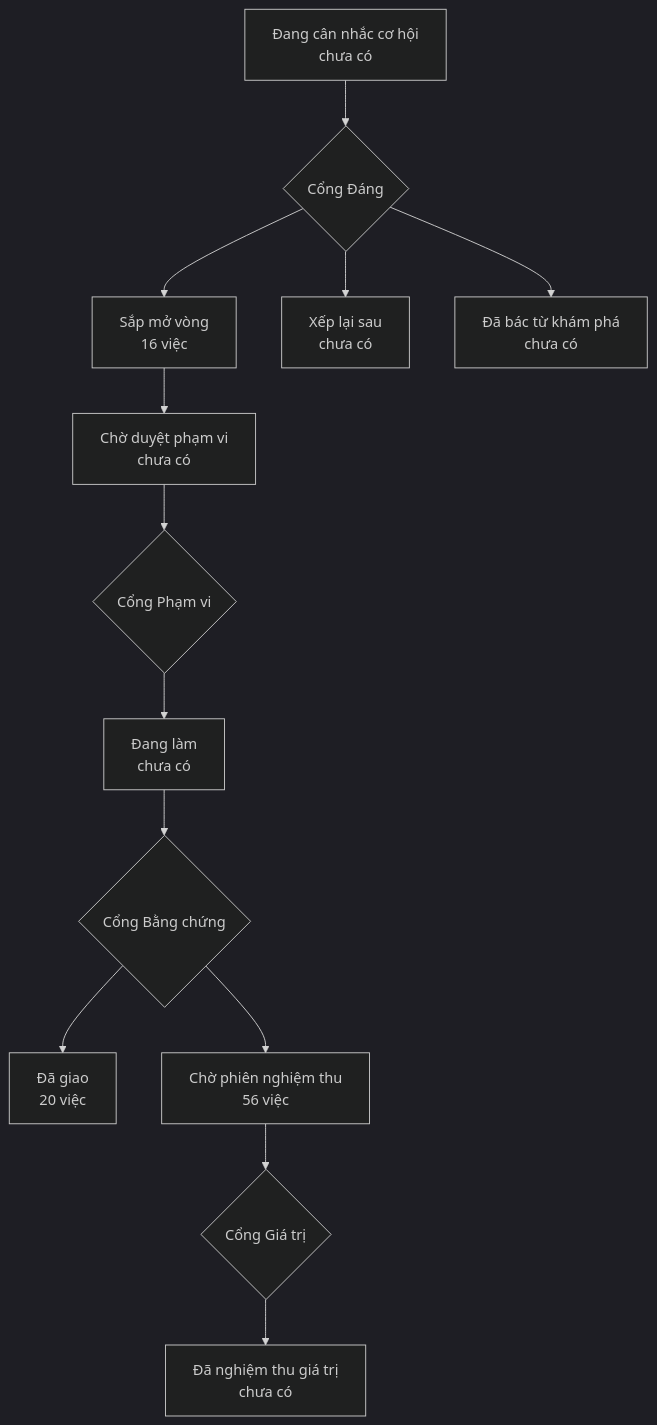
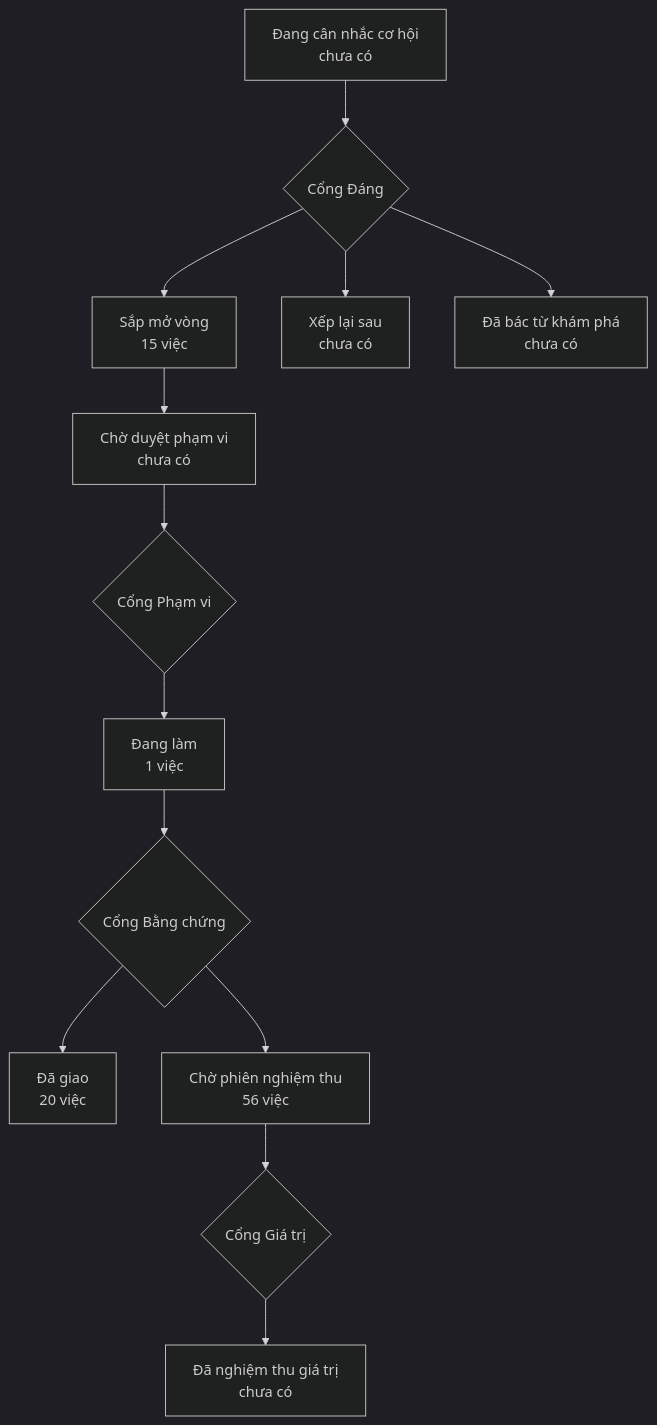
Before and after one commit to phanlemanh/onehub-quy-hang: the diagram in PRODUCT-MAP.md, drawn with Mermaid (dark theme). The commit also changed other lines of this file and 3 other files, not shown here.

````diff
--- a/PRODUCT-MAP.md
+++ b/PRODUCT-MAP.md
@@ -7,12 +7,12 @@
 ```mermaid
 flowchart TD
   A["Đang cân nhắc cơ hội<br/>chưa có"] --> GD{"Cổng Đáng"}
-  GD --> B["Sắp mở vòng<br/>16 việc"]
+  GD --> B["Sắp mở vòng<br/>15 việc"]
   GD --> XL["Xếp lại sau<br/>chưa có"]
   GD --> DB["Đã bác từ khám phá<br/>chưa có"]
   B --> CD["Chờ duyệt phạm vi<br/>chưa có"] --> GP{"Cổng Phạm vi"}
-  GP --> DL["Đang làm<br/>chưa có"] --> GB{"Cổng Bằng chứng"}
+  GP --> DL["Đang làm<br/>1 việc"] --> GB{"Cổng Bằng chứng"}
   GB --> DG["Đã giao<br/>20 việc"]
   GB --> CN["Chờ phiên nghiệm thu<br/>56 việc"] --> GG{"Cổng Giá trị"}
   GG --> NT["Đã nghiệm thu giá trị<br/>chưa có"]
 ```
````
